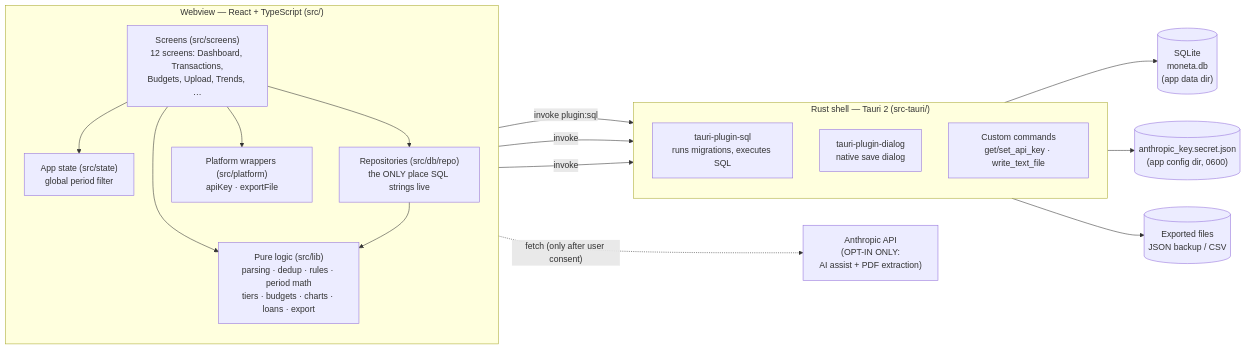
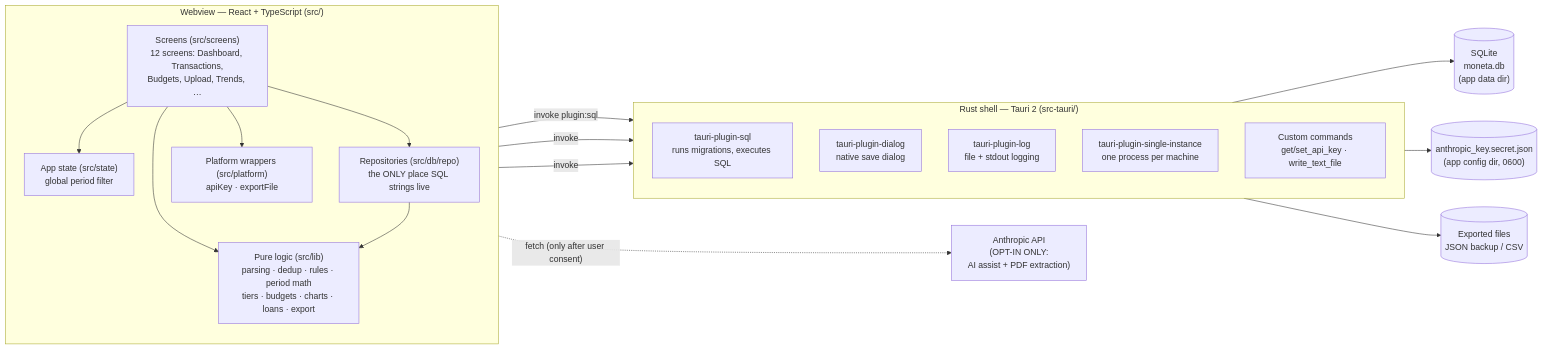
Before and after one commit to PrabhukumarSivamoorthy/moneta: the first of 9 diagrams in docs/ARCHITECTURE.md, drawn with Mermaid. The commit also changed other lines of this file and 12 other files, not shown here.

````diff
--- a/docs/ARCHITECTURE.md
+++ b/docs/ARCHITECTURE.md
@@ -33,35 +33,37 @@
 ```mermaid
 flowchart LR
     subgraph webview["Webview — React + TypeScript (src/)"]
         direction TB
         screens["Screens (src/screens)\n12 screens: Dashboard, Transactions,\nBudgets, Upload, Trends, …"]
         state["App state (src/state)\nglobal period filter"]
         lib["Pure logic (src/lib)\nparsing · dedup · rules · period math\ntiers · budgets · charts · loans · export"]
         repo["Repositories (src/db/repo)\nthe ONLY place SQL strings live"]
         platform["Platform wrappers (src/platform)\napiKey · exportFile"]
         screens --> state
         screens --> lib
         screens --> repo
         screens --> platform
         repo --> lib
     end
 
     subgraph rust["Rust shell — Tauri 2 (src-tauri/)"]
         direction TB
         sqlplugin["tauri-plugin-sql\nruns migrations, executes SQL"]
         dialogplugin["tauri-plugin-dialog\nnative save dialog"]
+        logplugin["tauri-plugin-log\nfile + stdout logging"]
+        single["tauri-plugin-single-instance\none process per machine"]
         commands["Custom commands\nget/set_api_key · write_text_file"]
     end
 
     sqlite[("SQLite\nmoneta.db\n(app data dir)")]
     secret[("anthropic_key.secret.json\n(app config dir, 0600)")]
     exports[("Exported files\nJSON backup / CSV")]
     anthropic["Anthropic API\n(OPT-IN ONLY:\nAI assist + PDF extraction)"]
 
     repo -- "invoke plugin:sql" --> sqlplugin --> sqlite
     platform -- invoke --> commands
     commands --> secret
     commands --> exports
     platform -- invoke --> dialogplugin
     lib -. "fetch (only after user consent)" .-> anthropic
 ```
````
